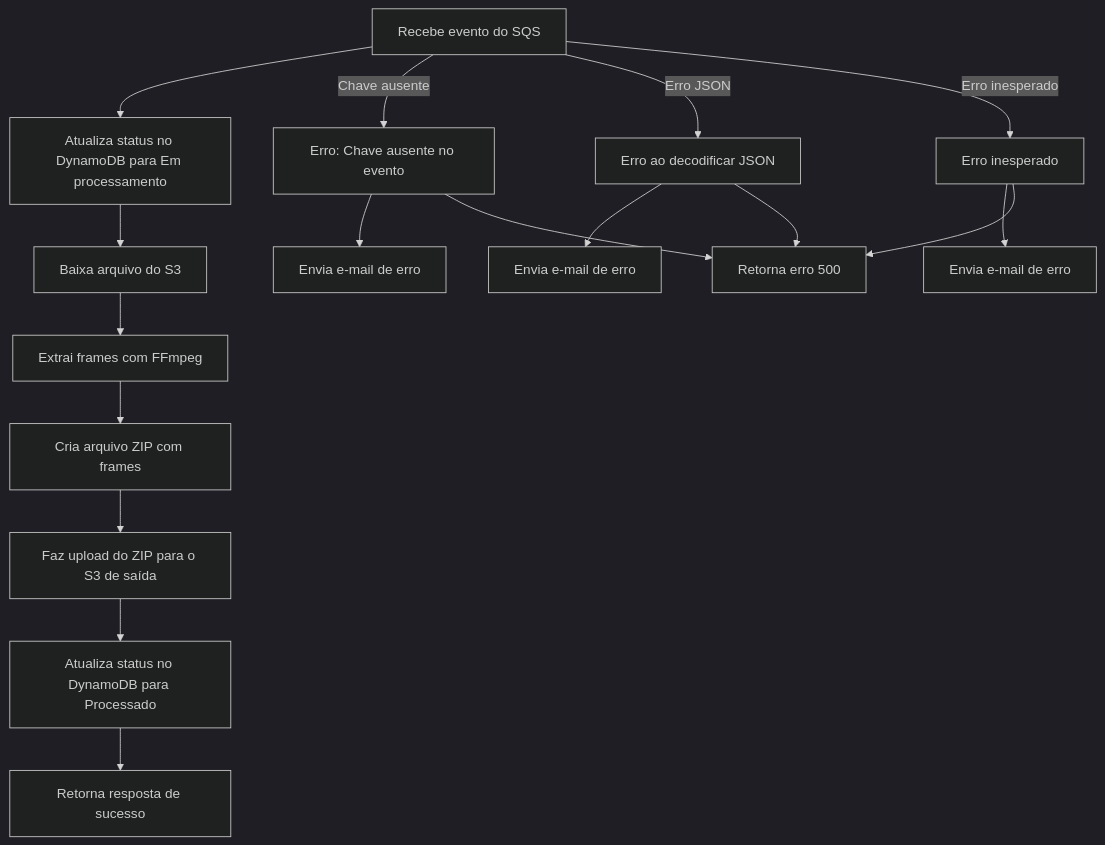
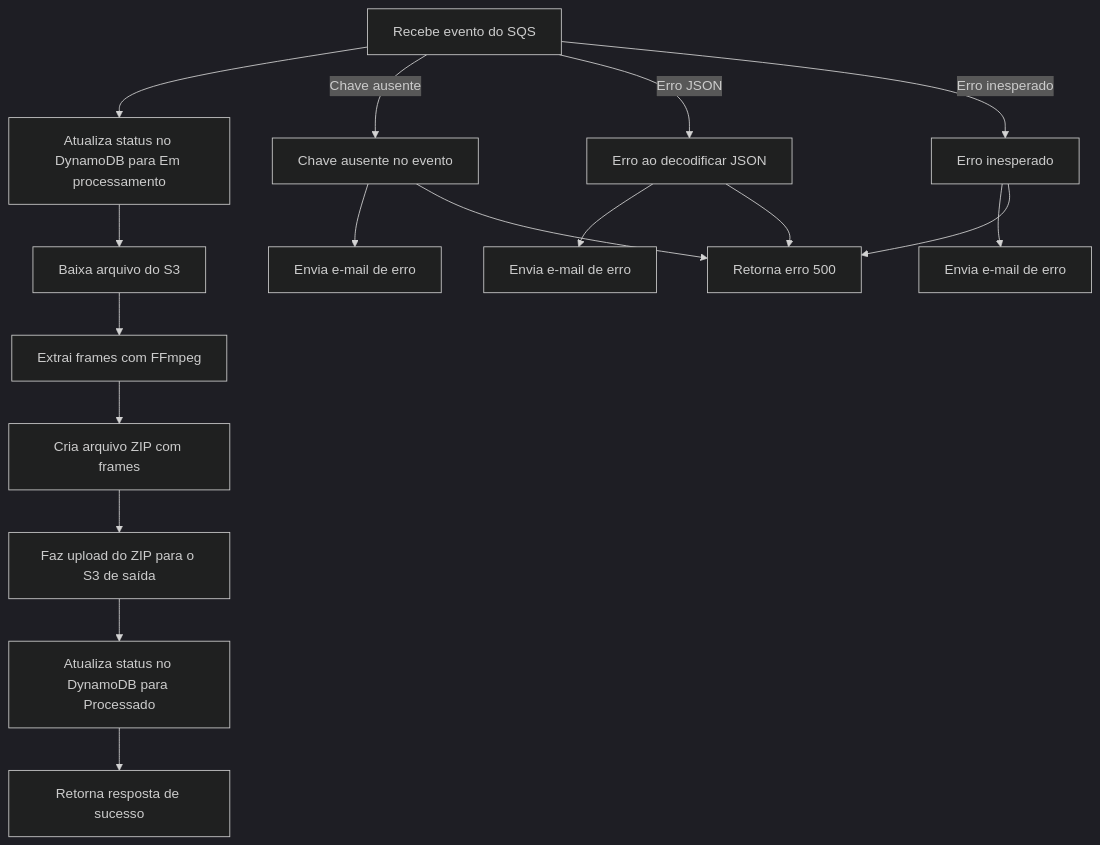
One commit to 7SOATSquad30/lambda-video-processing-challenge changed the diagram in README.md. Above: the diagram before and after it, drawn with Mermaid (dark theme).

Commit message:
[DOC] - Atualização documentação

````diff
--- a/README.md
+++ b/README.md
@@ -26,23 +26,23 @@
 ```mermaid
 graph TD
     A[Recebe evento do SQS] --> B[Atualiza status no DynamoDB para Em processamento]
     B --> C[Baixa arquivo do S3]
     C --> D[Extrai frames com FFmpeg]
     D --> E[Cria arquivo ZIP com frames]
     E --> F[Faz upload do ZIP para o S3 de saída]
     F --> G[Atualiza status no DynamoDB para Processado]
     G --> H[Retorna resposta de sucesso]
 
     %% Tratamento de erros
-    A -->|Chave ausente| X1[Erro: Chave ausente no evento]
+    A -->|Chave ausente| X1[Chave ausente no evento]
     A -->|Erro JSON| X2[Erro ao decodificar JSON]
     A -->|Erro inesperado| X3[Erro inesperado]
 
     X1 --> Y1[Envia e-mail de erro]
     X2 --> Y2[Envia e-mail de erro]
     X3 --> Y3[Envia e-mail de erro]
 
     X1 --> Z[Retorna erro 500]
     X2 --> Z[Retorna erro 500]
     X3 --> Z[Retorna erro 500]
 ```
````
